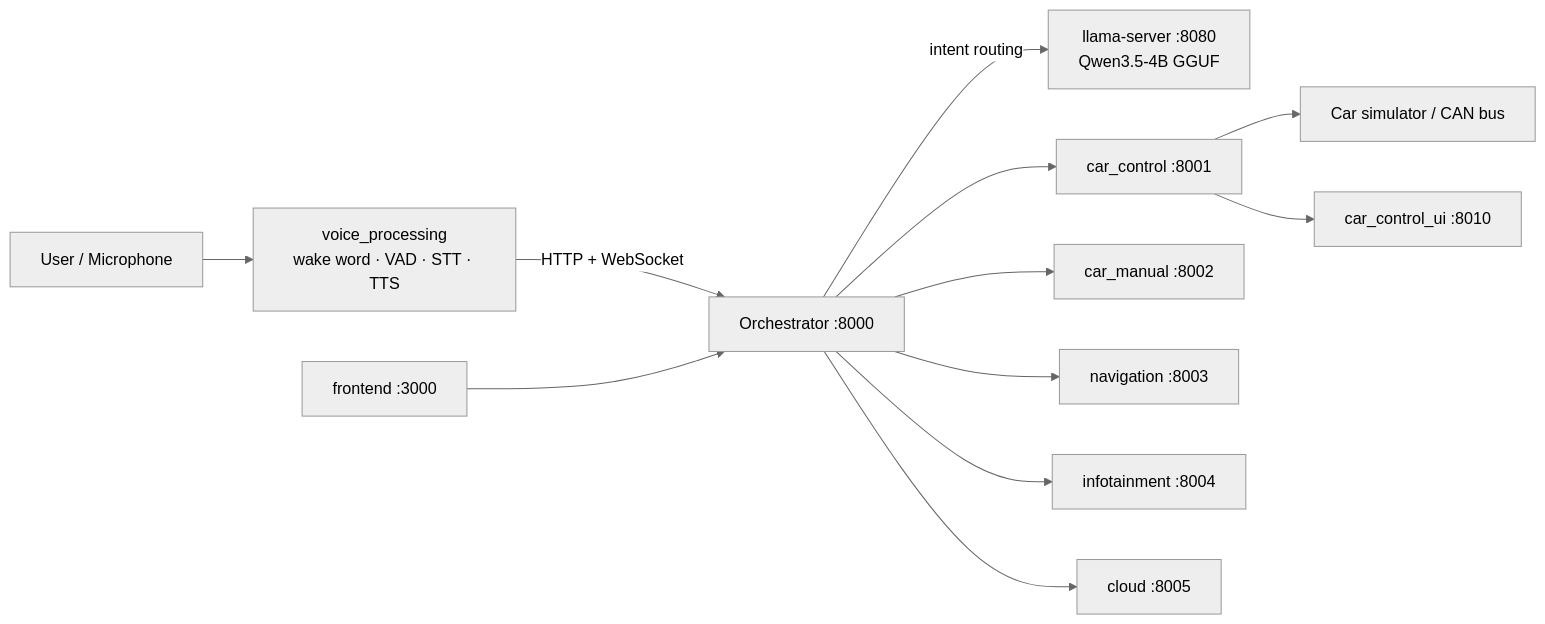
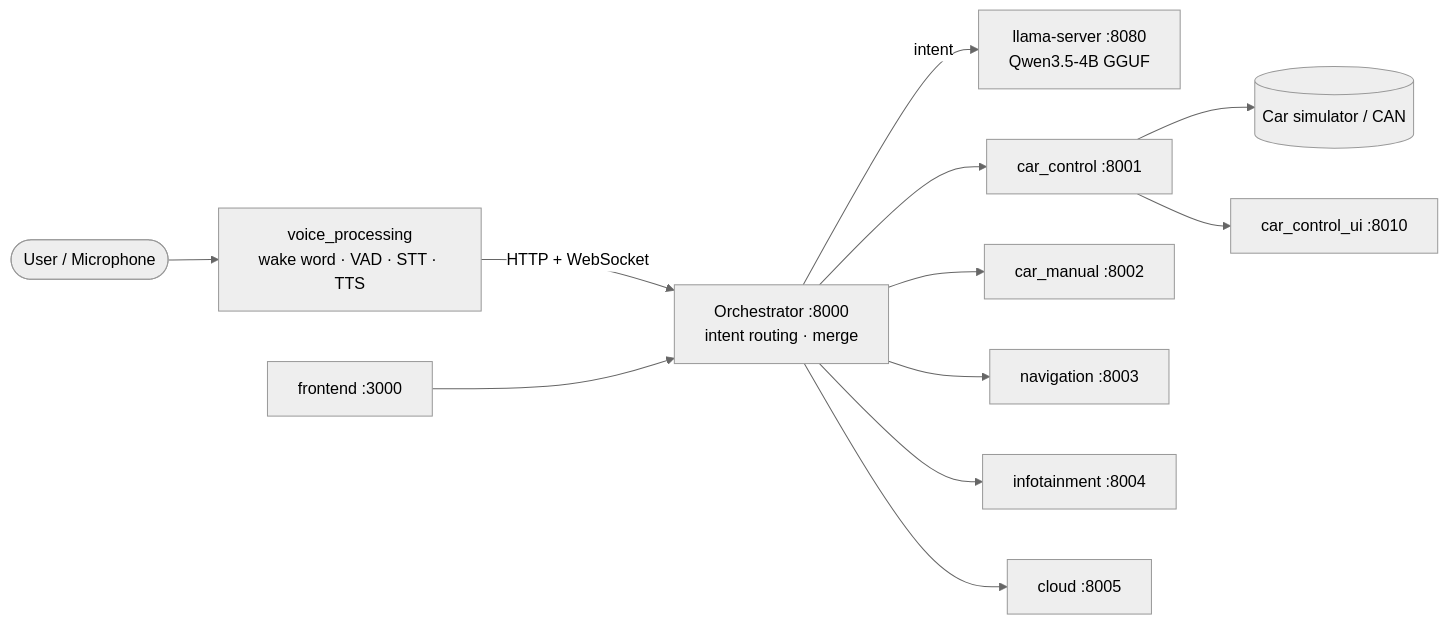
One commit to hminhphi/VoiceControl changed the first of 2 diagrams in README.md. Above: the diagram before and after it, drawn with Mermaid (neutral theme). The commit also changed other lines of this file, not shown here.

Commit message:
docs: polish README with badges, admonitions, diagrams and tables

````diff
--- a/README.md
+++ b/README.md
@@ -23,14 +47,14 @@
 ```mermaid
 flowchart LR
-  User["User / Microphone"] --> Voice["voice_processing<br/>wake word · VAD · STT · TTS"]
-  Voice -->|"HTTP + WebSocket"| Orq["Orchestrator :8000"]
-  Orq -->|"intent routing"| LLM["llama-server :8080<br/>Qwen3.5-4B GGUF"]
-  Orq --> CC["car_control :8001"]
-  Orq --> CM["car_manual :8002"]
-  Orq --> Nav["navigation :8003"]
-  Orq --> Info["infotainment :8004"]
-  Orq --> Cloud["cloud :8005"]
-  CC --> Car["Car simulator / CAN bus"]
-  CC --> Sim["car_control_ui :8010"]
-  Web["frontend :3000"] --> Orq
+  U(["User / Microphone"]) --> VP["voice_processing<br/>wake word · VAD · STT · TTS"]
+  VP -->|"HTTP + WebSocket"| O["Orchestrator :8000<br/>intent routing · merge"]
+  O -->|"intent"| L["llama-server :8080<br/>Qwen3.5-4B GGUF"]
+  O --> A1["car_control :8001"]
+  O --> A2["car_manual :8002"]
+  O --> A3["navigation :8003"]
+  O --> A4["infotainment :8004"]
+  O --> A5["cloud :8005"]
+  A1 --> C[("Car simulator / CAN")]
+  A1 --> UI["car_control_ui :8010"]
+  FE["frontend :3000"] --> O
 ```
````
